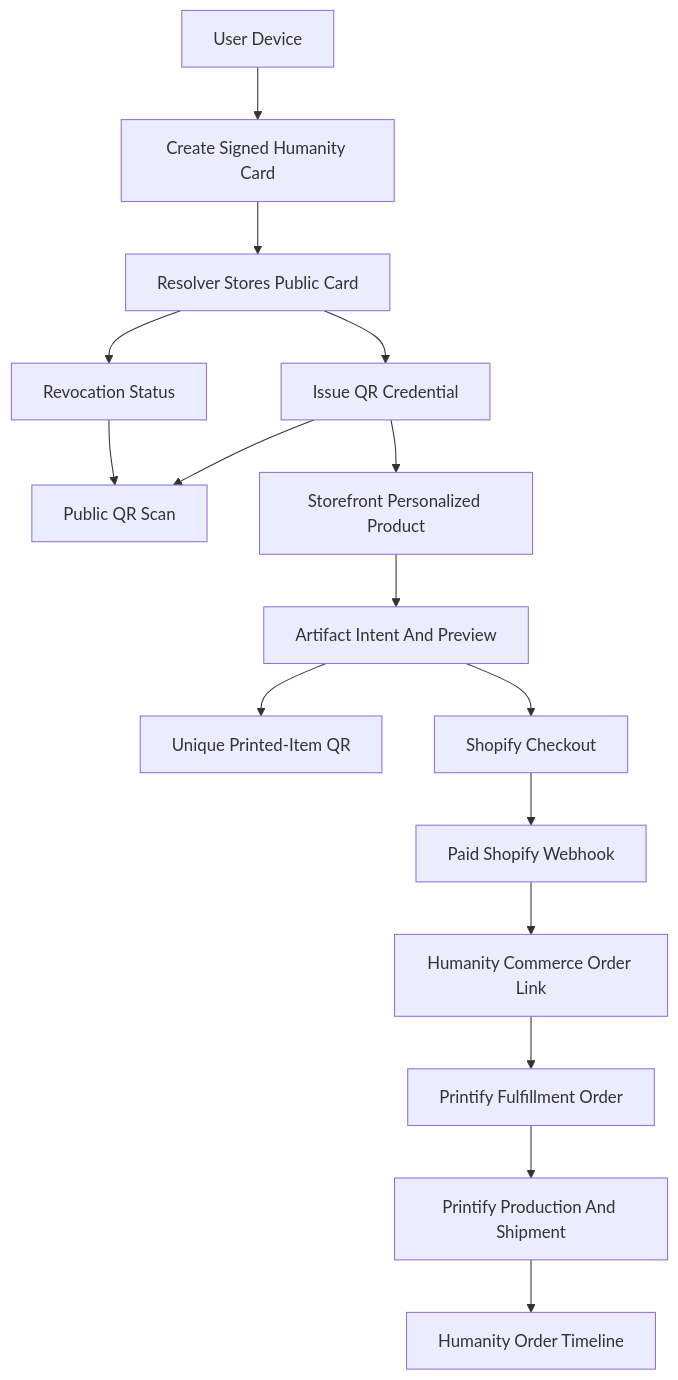
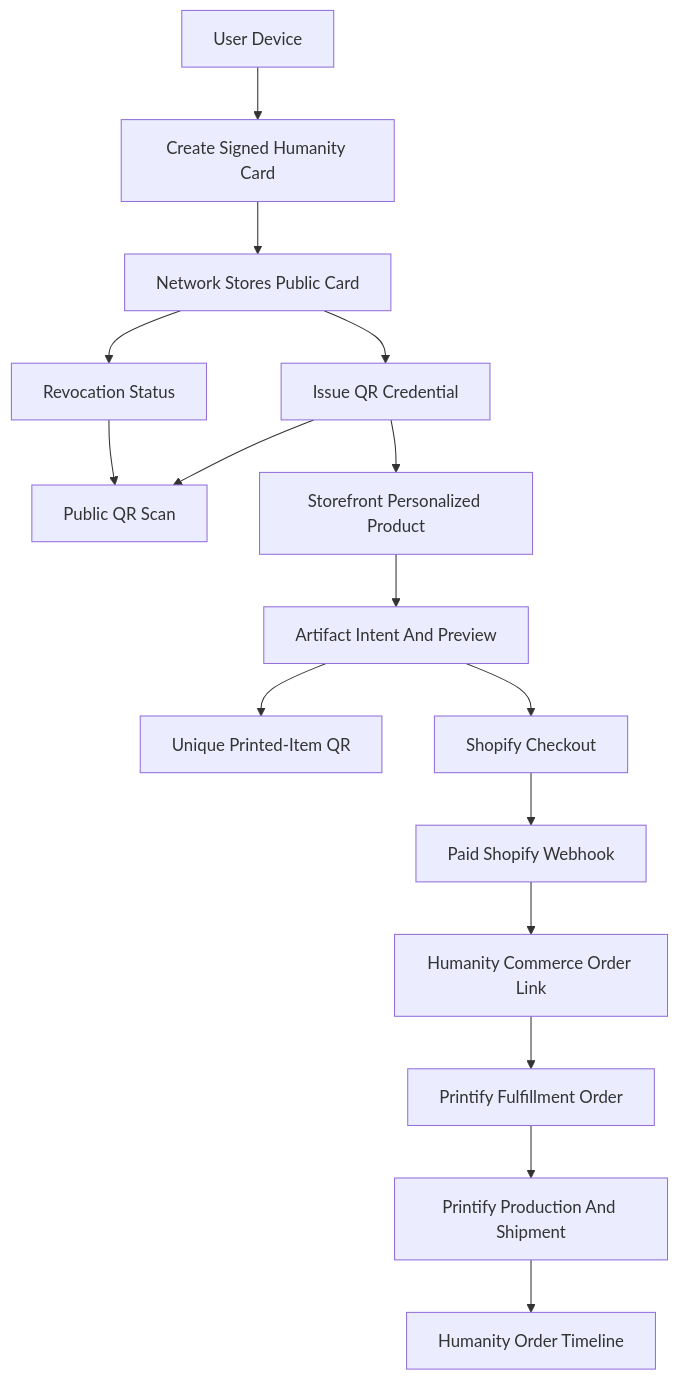
Before and after one commit to h6811127/humanity.llc: the diagram in docs/V1_FLOW_AUDIT.md, drawn with Mermaid. The commit also changed other lines of this file and 22 other files, not shown here.

First line of the commit message:
Replace resolver terminology with network in docs.

````diff
--- a/docs/V1_FLOW_AUDIT.md
+++ b/docs/V1_FLOW_AUDIT.md
@@ -12,18 +12,18 @@
 ```mermaid
 flowchart TD
   userDevice["User Device"] --> cardCreate["Create Signed Humanity Card"]
-  cardCreate --> resolver["Resolver Stores Public Card"]
-  resolver --> qrCredential["Issue QR Credential"]
+  cardCreate --> network["Network Stores Public Card"]
+  network --> qrCredential["Issue QR Credential"]
   qrCredential --> publicScan["Public QR Scan"]
   qrCredential --> storefront["Storefront Personalized Product"]
   storefront --> artifactIntent["Artifact Intent And Preview"]
   artifactIntent --> itemQR["Unique Printed-Item QR"]
   artifactIntent --> shopifyCheckout["Shopify Checkout"]
   shopifyCheckout --> paidWebhook["Paid Shopify Webhook"]
   paidWebhook --> commerceLink["Humanity Commerce Order Link"]
   commerceLink --> printOrder["Printify Fulfillment Order"]
   printOrder --> printify["Printify Production And Shipment"]
   printify --> orderTimeline["Humanity Order Timeline"]
-  resolver --> revocation["Revocation Status"]
+  network --> revocation["Revocation Status"]
   revocation --> publicScan
 ```
````
